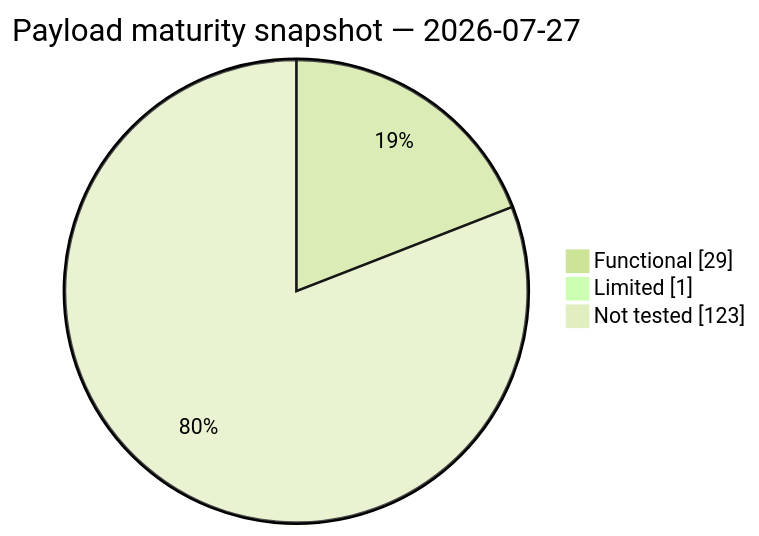
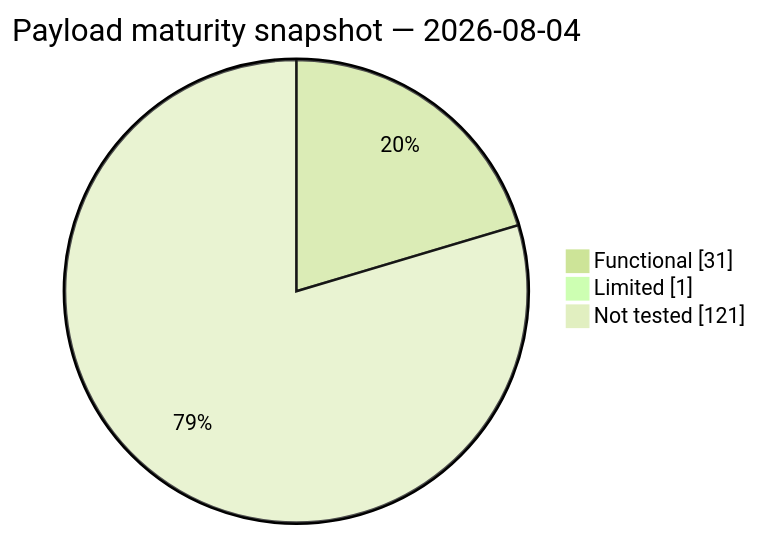
One commit to kanedasec/citypop changed the second of 2 diagrams in docs/ROADMAP.md. Above: the diagram before and after it, drawn with Mermaid (forest theme). The commit also changed other lines of this file, not shown here.

Commit message:
docs: refresh roadmap progress and interface milestones

````diff
--- a/docs/ROADMAP.md
+++ b/docs/ROADMAP.md
@@ -71,7 +80,7 @@
 ```mermaid
 pie showData
-    title Payload maturity snapshot — 2026-07-27
-    "Functional" : 29
+    title Payload maturity snapshot — 2026-08-04
+    "Functional" : 31
     "Limited" : 1
-    "Not tested" : 123
+    "Not tested" : 121
 ```
````
